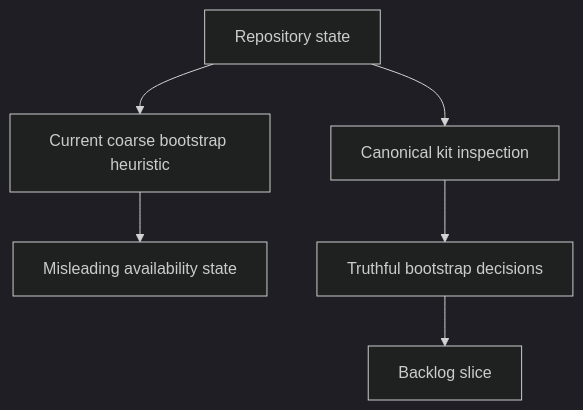
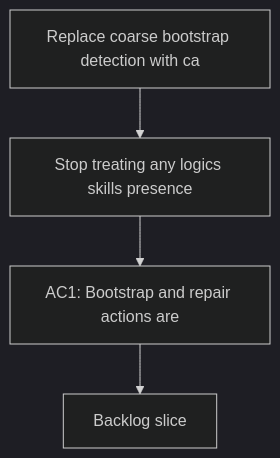
The diagram in logics/request/req_109_replace_coarse_bootstrap_detection_with_canonical_kit_inspection.md (AlexAgo83/logics-manager), drawn with Mermaid (dark theme) before and after one commit. The commit also changed other lines of this file and 481 other files, not shown here.

````diff
--- a/logics/request/req_109_replace_coarse_bootstrap_detection_with_canonical_kit_inspection.md
+++ b/logics/request/req_109_replace_coarse_bootstrap_detection_with_canonical_kit_inspection.md
@@ -27,10 +27,8 @@
 ```mermaid
 %% logics-kind: request
 %% logics-signature: request|replace-coarse-bootstrap-detection-with-|stop-treating-any-logics-skills-presence|ac1-bootstrap-and-repair-actions-are
 flowchart TD
-    Repo[Repository state] --> Heuristic[Current coarse bootstrap heuristic]
-    Repo --> Inspect[Canonical kit inspection]
-    Heuristic --> Drift[Misleading availability state]
-    Inspect --> Truth[Truthful bootstrap decisions]
-    Truth --> Backlog[Backlog slice]
+    Trigger[Replace coarse bootstrap detection with ca] --> Need[Stop treating any logics skills presence]
+    Need --> Outcome[AC1: Bootstrap and repair actions are]
+    Outcome --> Backlog[Backlog slice]
 ```
````
